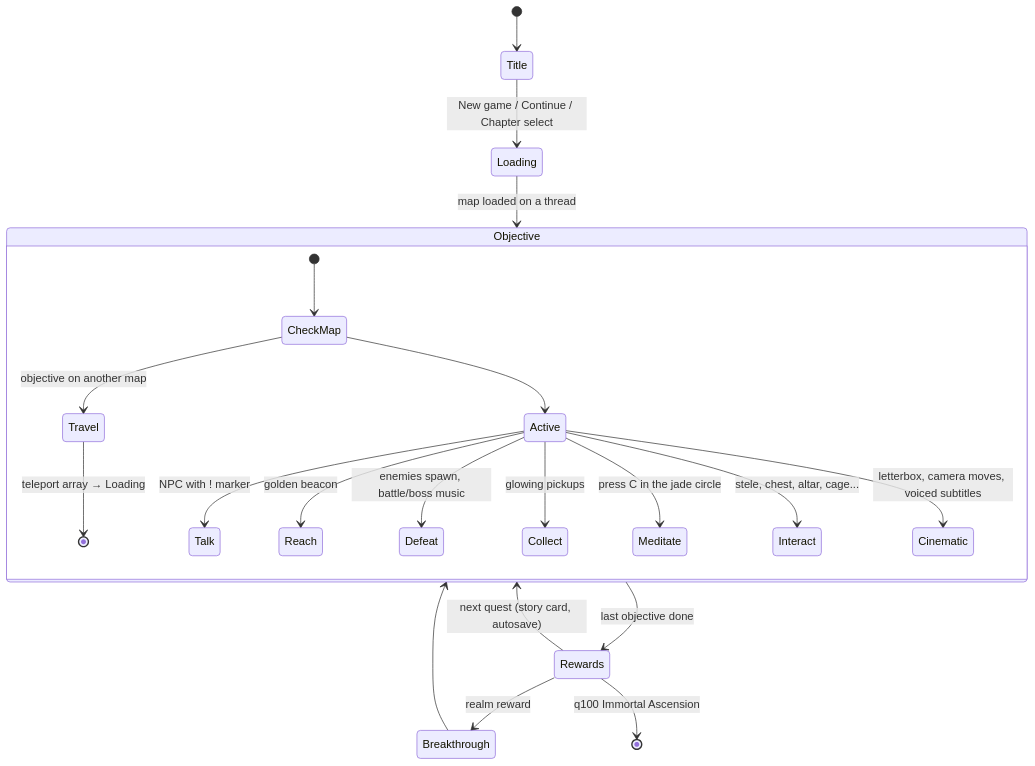
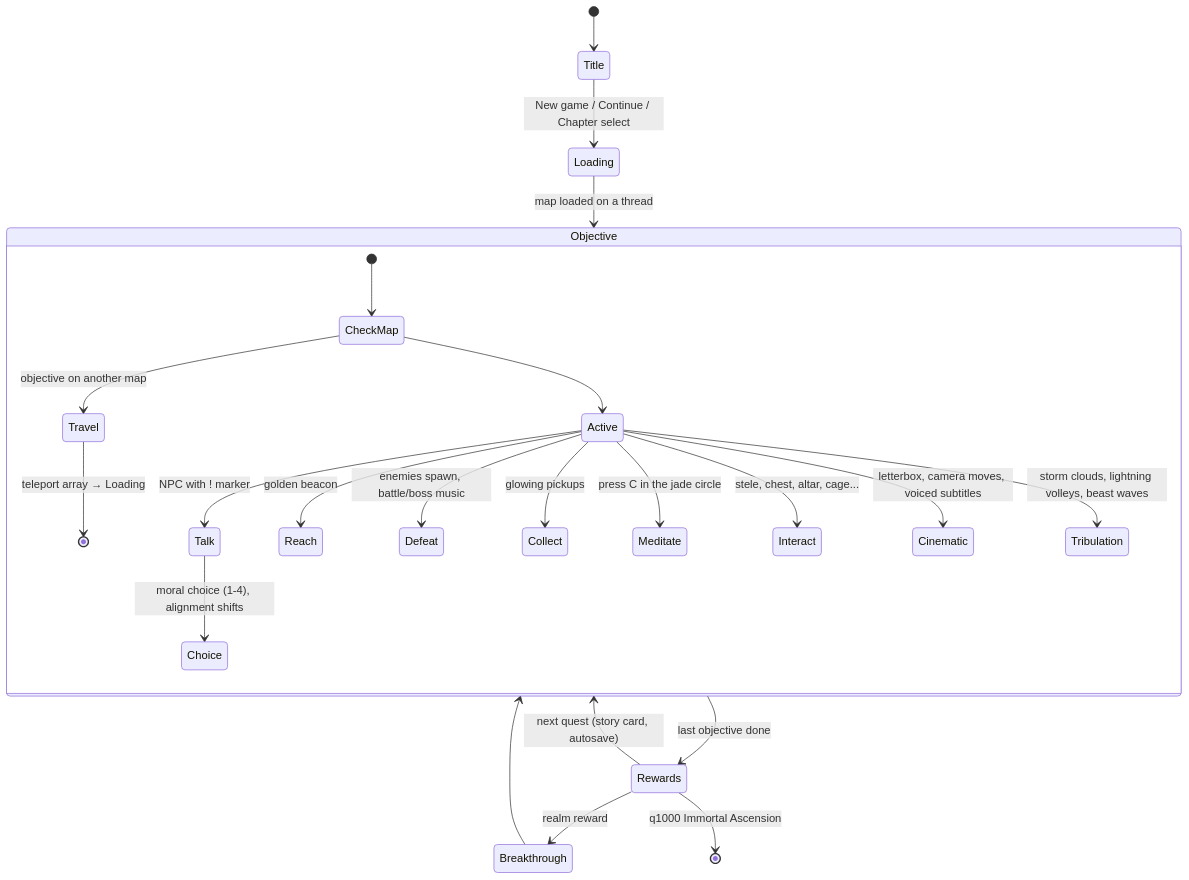
One commit to jgyy/vnxianxia changed the third of 3 diagrams in README.md. Above: the diagram before and after it, drawn with Mermaid. The commit also changed other lines of this file and 58 other files, not shown here.

````diff
--- a/README.md
+++ b/README.md
@@ -117,24 +134,26 @@
 ```mermaid
 stateDiagram-v2
     [*] --> Title
     Title --> Loading: New game / Continue / Chapter select
     Loading --> Objective: map loaded on a thread
     state Objective {
         [*] --> CheckMap
         CheckMap --> Travel: objective on another map
         Travel --> [*]: teleport array → Loading
         CheckMap --> Active
         Active --> Talk: NPC with ! marker
         Active --> Reach: golden beacon
         Active --> Defeat: enemies spawn, battle/boss music
         Active --> Collect: glowing pickups
         Active --> Meditate: press C in the jade circle
         Active --> Interact: stele, chest, altar, cage...
         Active --> Cinematic: letterbox, camera moves, voiced subtitles
+        Active --> Tribulation: storm clouds, lightning volleys, beast waves
+        Talk --> Choice: moral choice (1-4), alignment shifts
     }
     Objective --> Rewards: last objective done
     Rewards --> Objective: next quest (story card, autosave)
     Rewards --> Breakthrough: realm reward
     Breakthrough --> Objective
-    Rewards --> [*]: q100 Immortal Ascension
+    Rewards --> [*]: q1000 Immortal Ascension
 ```
````
